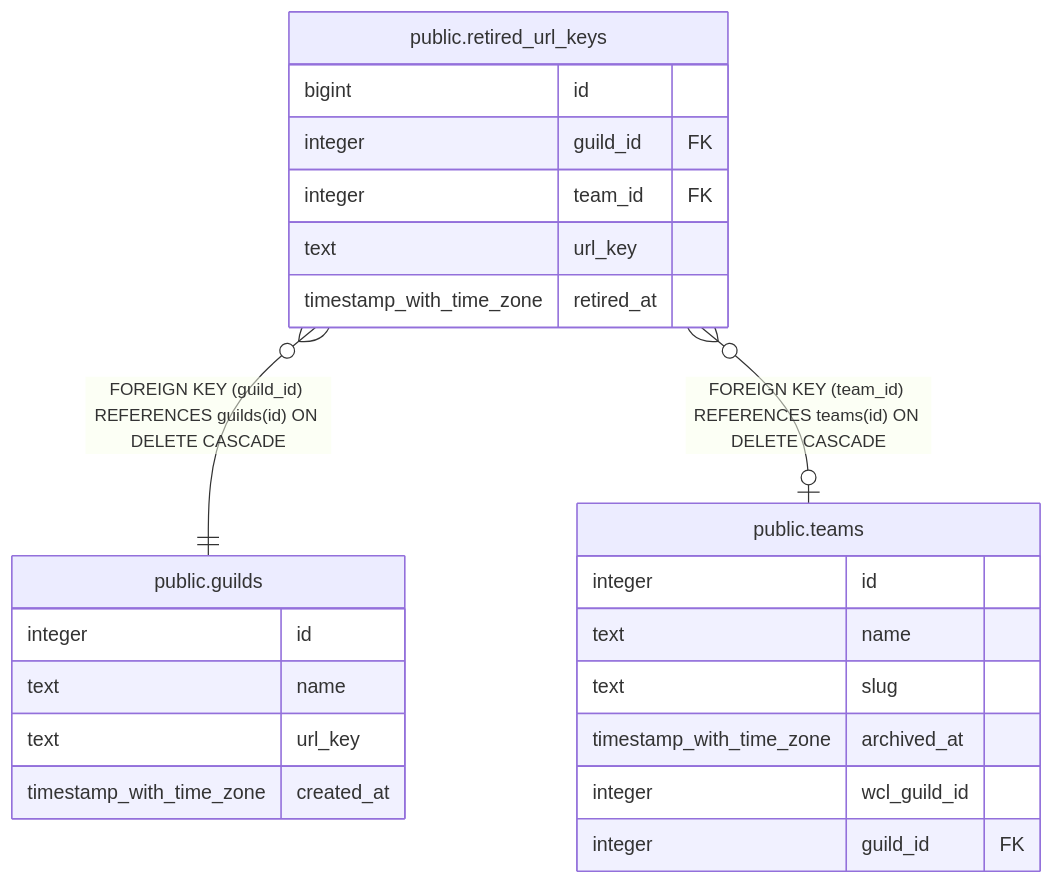
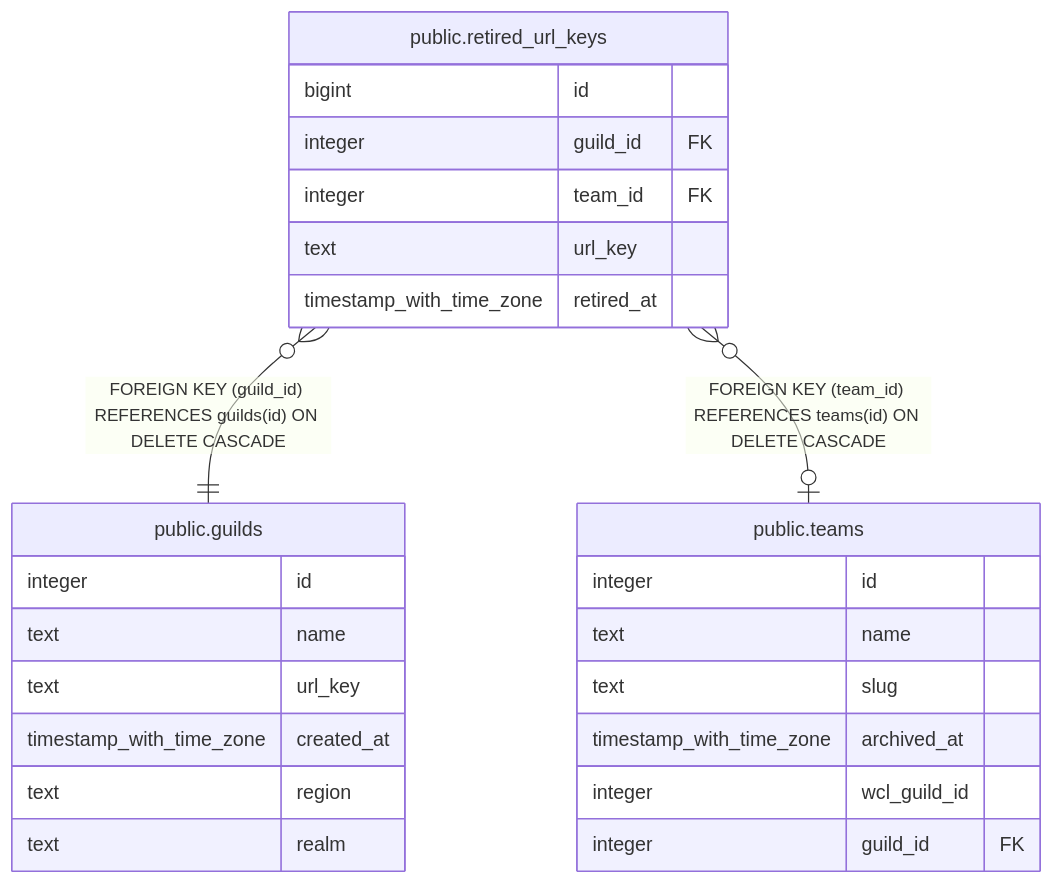
One commit to katogaming88/WGA-Raid-Hub changed the diagram in dbdoc/public.retired_url_keys.md. Above: the diagram before and after it, drawn with Mermaid. The commit also changed 17 other files, not shown here.

First line of the commit message:
A guild records its region and home realm (v3.135.0)

````diff
--- a/dbdoc/public.retired_url_keys.md
+++ b/dbdoc/public.retired_url_keys.md
@@ -35,28 +35,30 @@
 ```mermaid
 erDiagram
 
 "public.retired_url_keys" }o--|| "public.guilds" : "FOREIGN KEY (guild_id) REFERENCES guilds(id) ON DELETE CASCADE"
 "public.retired_url_keys" }o--o| "public.teams" : "FOREIGN KEY (team_id) REFERENCES teams(id) ON DELETE CASCADE"
 
 "public.retired_url_keys" {
   bigint id
   integer guild_id FK
   integer team_id FK
   text url_key
   timestamp_with_time_zone retired_at
 }
 "public.guilds" {
   integer id
   text name
   text url_key
   timestamp_with_time_zone created_at
+  text region
+  text realm
 }
 "public.teams" {
   integer id
   text name
   text slug
   timestamp_with_time_zone archived_at
   integer wcl_guild_id
   integer guild_id FK
 }
 ```
````
